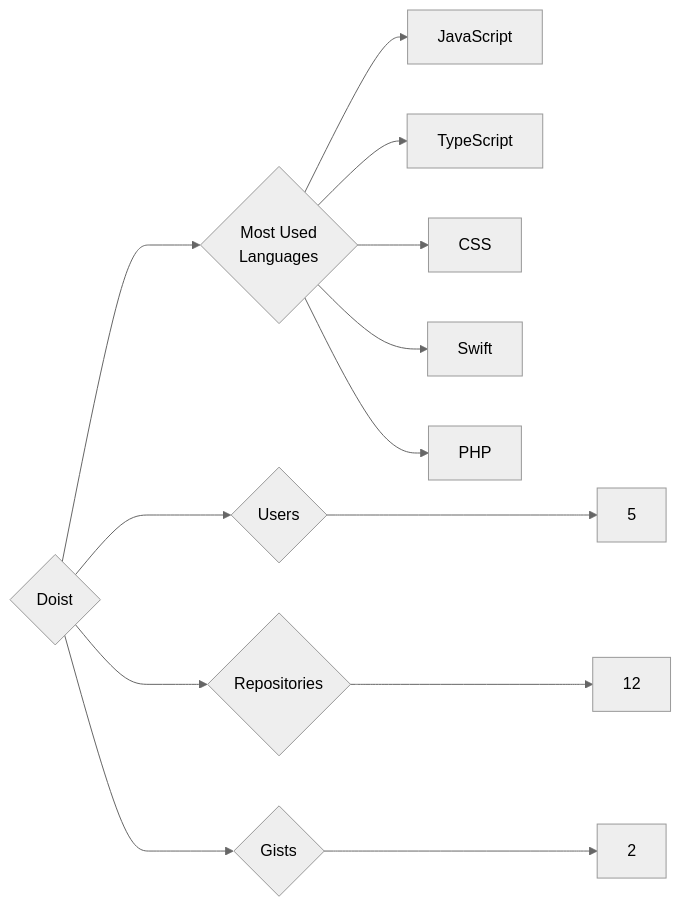
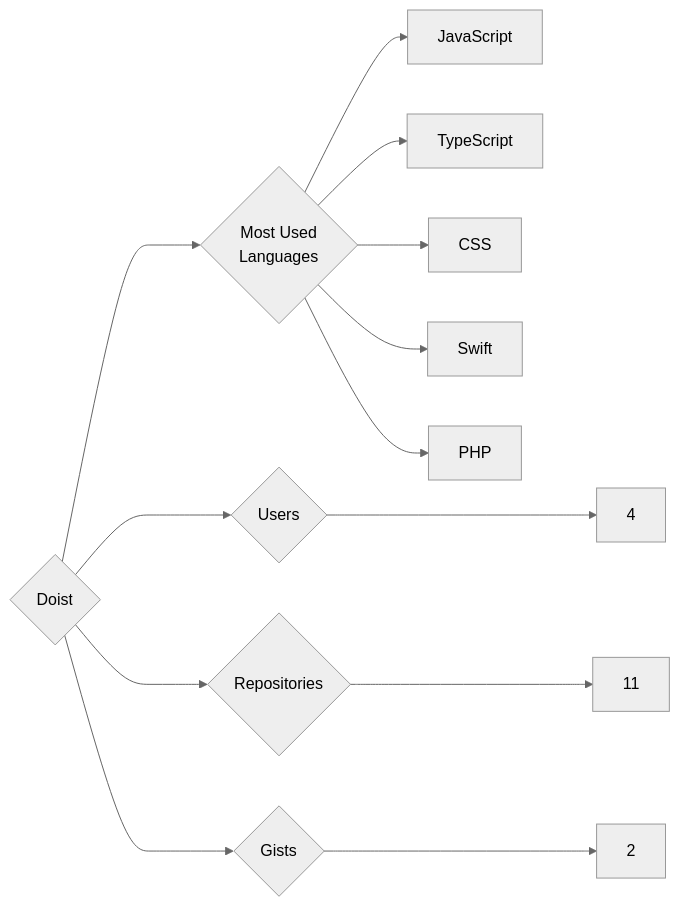
Before and after one commit to trickest/insiders: the diagram in targets/Doist/README.md, drawn with Mermaid (neutral theme). The commit also changed 985 other files, not shown here.

````diff
--- a/targets/Doist/README.md
+++ b/targets/Doist/README.md
@@ -3,13 +3,13 @@
 ```mermaid
 graph LR
 COMPANY_NAME{Doist}
-COMPANY_NAME ---> U{Users} ---> UN[5]
-COMPANY_NAME ---> R{Repositories} ---> RN[12]
+COMPANY_NAME ---> U{Users} ---> UN[4]
+COMPANY_NAME ---> R{Repositories} ---> RN[11]
 COMPANY_NAME ---> G{Gists} ---> GN[2]
 COMPANY_NAME ---> ML{Most Used<br>Languages}
 ML --> JavaScript[JavaScript]
 ML --> TypeScript[TypeScript]
 ML --> CSS[CSS]
 ML --> Swift[Swift]
 ML --> PHP[PHP]
 ```
````
